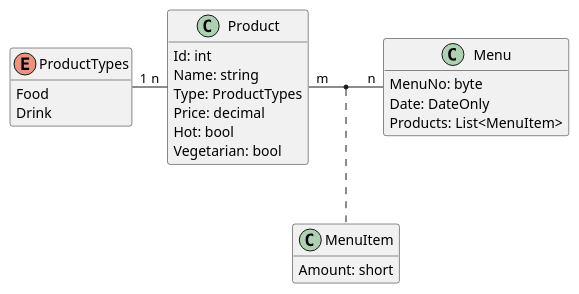
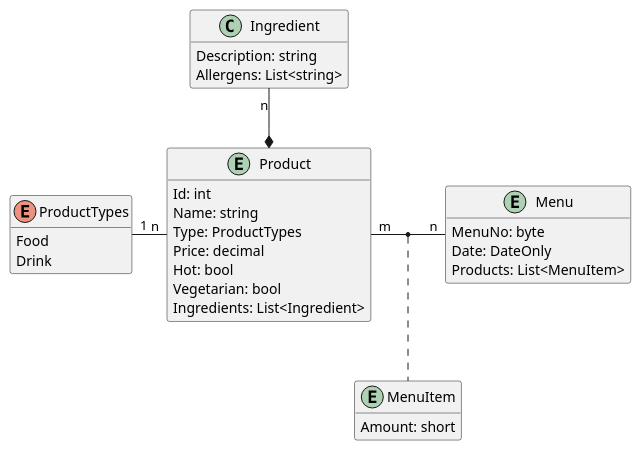
Before and after one commit to markushaslinger/dotnet_minimal_webapi_example: the diagram in Readme.adoc, drawn with PlantUML. The commit also changed other lines of this file and 12 other files, not shown here.

```diff
--- a/Readme.adoc
+++ b/Readme.adoc
@@ -9,31 +13,37 @@
 [plantuml]
 ----
 @startuml
 hide empty methods
 
 enum ProductTypes {
     Food
     Drink
 }
-class Product {
+entity Product {
     Id: int
     Name: string
     Type: ProductTypes
     Price: decimal
     Hot: bool
     Vegetarian: bool
+    Ingredients: List<Ingredient>
 }
-class Menu {
+entity Menu {
     MenuNo: byte
     Date: DateOnly
     Products: List<MenuItem>
 }
-class MenuItem {
+class Ingredient {
+    Description: string
+    Allergens: List<string>
+}
+entity MenuItem {
     Amount: short
 }
 
 ProductTypes "1" -r- "n" Product
 Product "m" -r- "n" Menu
+Product *-u- "n" Ingredient
 (Product, Menu) .. MenuItem
 @enduml
 ----
```
